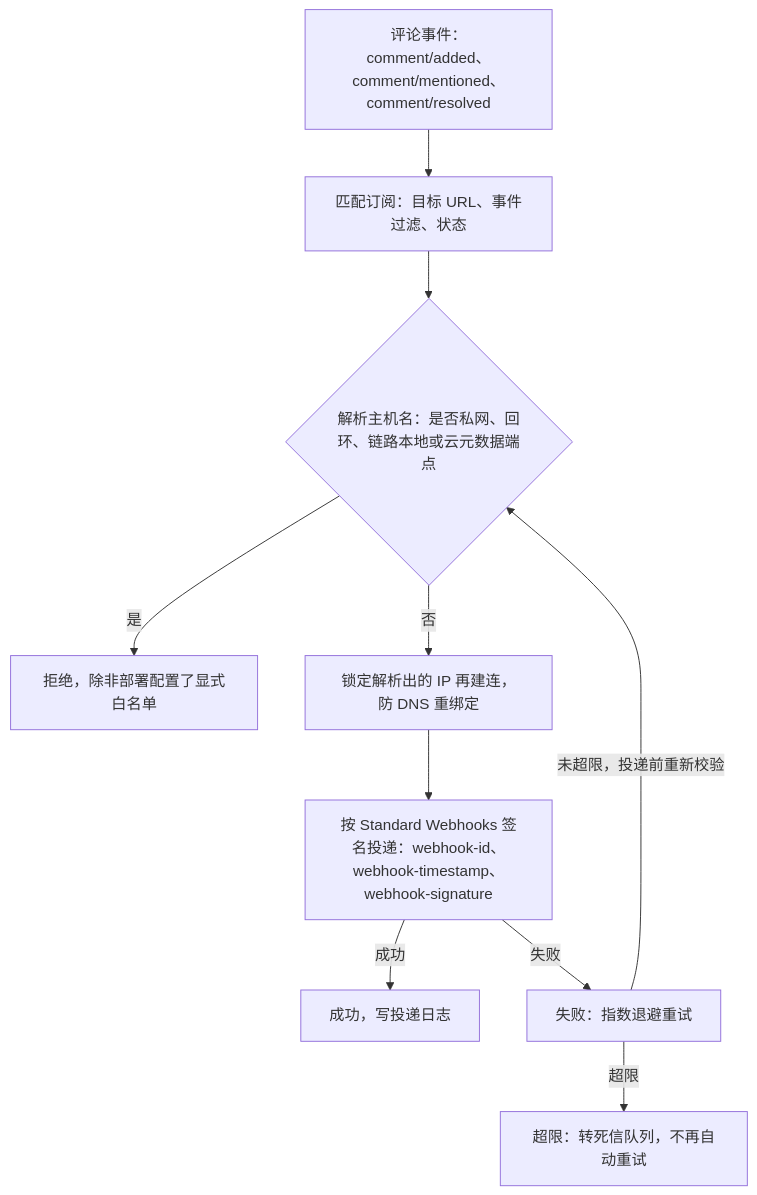
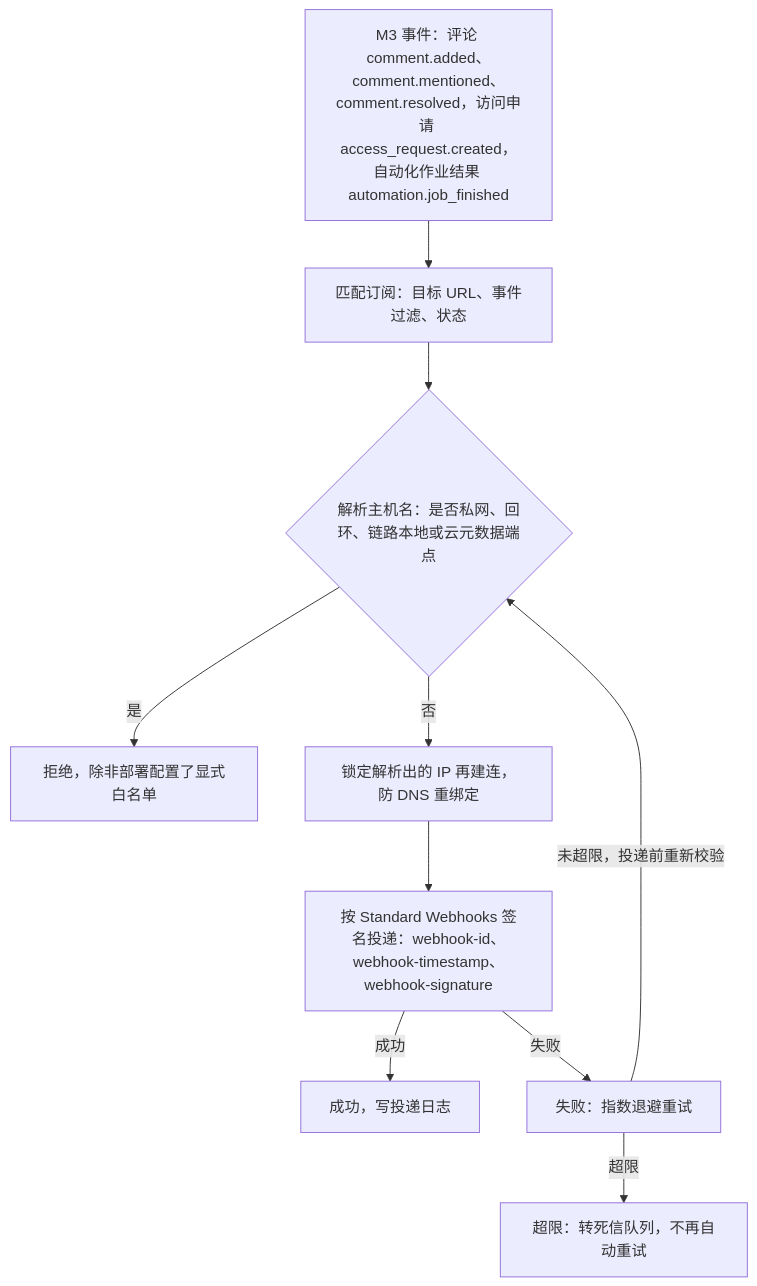
One commit to Xeonice/cordis-ppt-editor changed diagram 14 of 14 in docs/10-prd/03-features/06-server-and-ops.md. Above: the diagram before and after it, drawn with Mermaid. The commit also changed other lines of this file and 16 other files, not shown here.

First line of the commit message:
docs(prd): 按设计语言 v3 改读需求表述（第 0–3 批与母版视图改版）

````diff
--- a/docs/10-prd/03-features/06-server-and-ops.md
+++ b/docs/10-prd/03-features/06-server-and-ops.md
@@ -582,19 +583,19 @@
 ```mermaid
 flowchart TB
-  ev["评论事件：comment/added、comment/mentioned、comment/resolved"]
+  ev["M3 事件：评论 comment.added、comment.mentioned、comment.resolved，访问申请 access_request.created，自动化作业结果 automation.job_finished"]
   sub["匹配订阅：目标 URL、事件过滤、状态"]
   ssrf{"解析主机名：是否私网、回环、链路本地或云元数据端点"}
   block["拒绝，除非部署配置了显式白名单"]
   pin["锁定解析出的 IP 再建连，防 DNS 重绑定"]
   send["按 Standard Webhooks 签名投递：webhook-id、webhook-timestamp、webhook-signature"]
   ok["成功，写投递日志"]
   retry["失败：指数退避重试"]
   dlq["超限：转死信队列，不再自动重试"]
   ev --> sub --> ssrf
   ssrf -->|"是"| block
   ssrf -->|"否"| pin --> send
   send -->|"成功"| ok
   send -->|"失败"| retry
   retry -->|"未超限，投递前重新校验"| ssrf
   retry -->|"超限"| dlq
 ```
````
